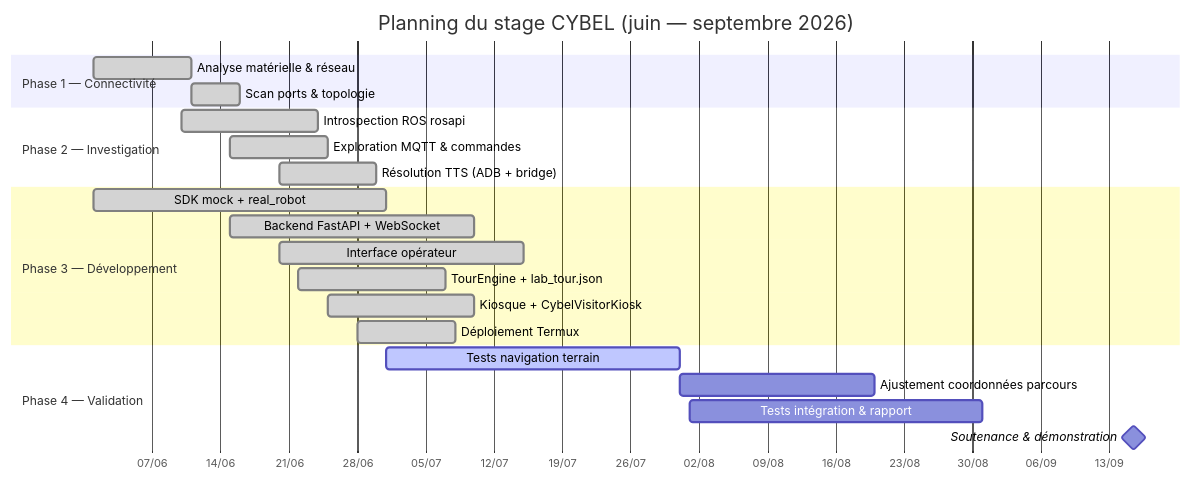
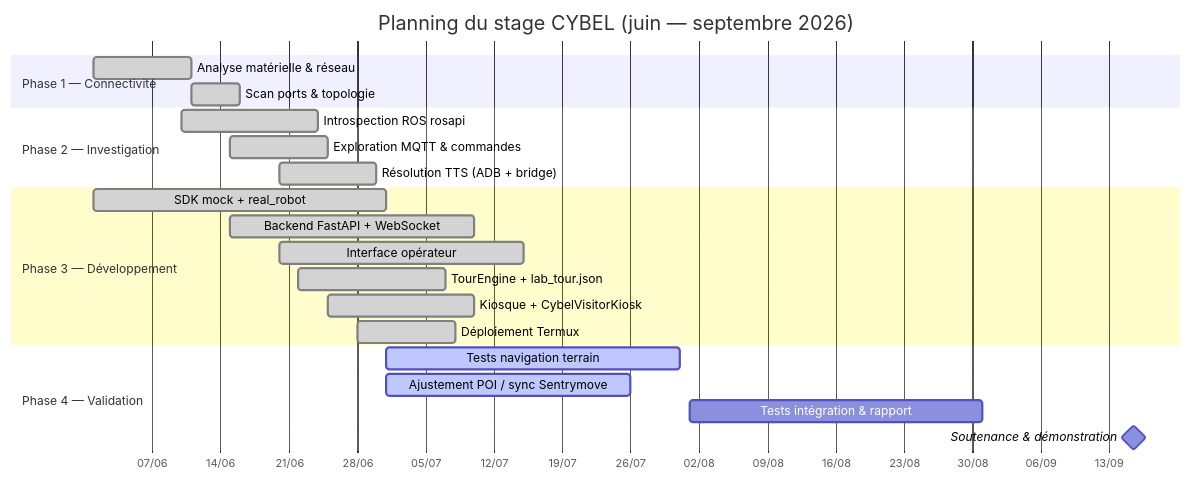
Before and after one commit to Claude20022002/Projet-Stage-2026-Cybel: the fifth of 10 diagrams in docs/Sujet de stage/chapitres_5_6_7_conclusion.md, drawn with Mermaid. The commit also changed other lines of this file, not shown here.

````diff
--- a/docs/Sujet de stage/chapitres_5_6_7_conclusion.md
+++ b/docs/Sujet de stage/chapitres_5_6_7_conclusion.md
@@ -205,29 +239,29 @@
 ```mermaid
 gantt
     title Planning du stage CYBEL (juin — septembre 2026)
     dateFormat  YYYY-MM-DD
     axisFormat  %d/%m
 
     section Phase 1 — Connectivité
     Analyse matérielle & réseau     :done, p1a, 2026-06-01, 10d
     Scan ports & topologie            :done, p1b, after p1a, 5d
 
     section Phase 2 — Investigation
     Introspection ROS rosapi          :done, p2a, 2026-06-10, 14d
     Exploration MQTT & commandes      :done, p2b, 2026-06-15, 10d
     Résolution TTS (ADB + bridge)   :done, p2c, 2026-06-20, 10d
 
     section Phase 3 — Développement
     SDK mock + real_robot           :done, p3a, 2026-06-01, 30d
     Backend FastAPI + WebSocket     :done, p3b, 2026-06-15, 25d
     Interface opérateur             :done, p3c, 2026-06-20, 25d
     TourEngine + lab_tour.json      :done, p3d, 2026-06-22, 15d
     Kiosque + CybelVisitorKiosk     :done, p3e, 2026-06-25, 15d
     Déploiement Termux              :done, p3f, 2026-06-28, 10d
 
     section Phase 4 — Validation
     Tests navigation terrain        :active, p4a, 2026-07-01, 30d
-    Ajustement coordonnées parcours :p4b, after p4a, 20d
+    Ajustement POI / sync Sentrymove   :active, p4b, 2026-07-01, 25d
     Tests intégration & rapport     :p4c, 2026-08-01, 30d
     Soutenance & démonstration        :milestone, p4d, 2026-09-15, 1d
 ```
````
